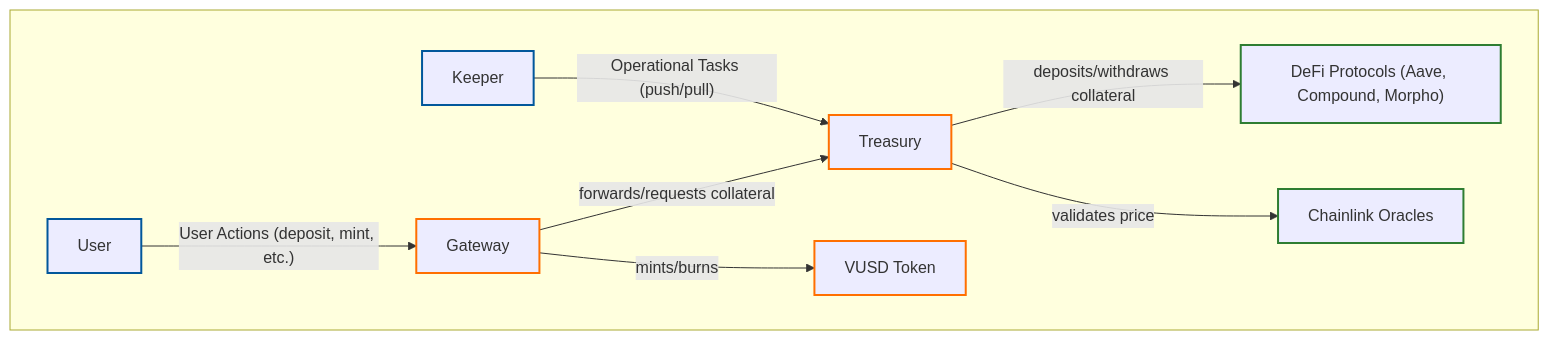
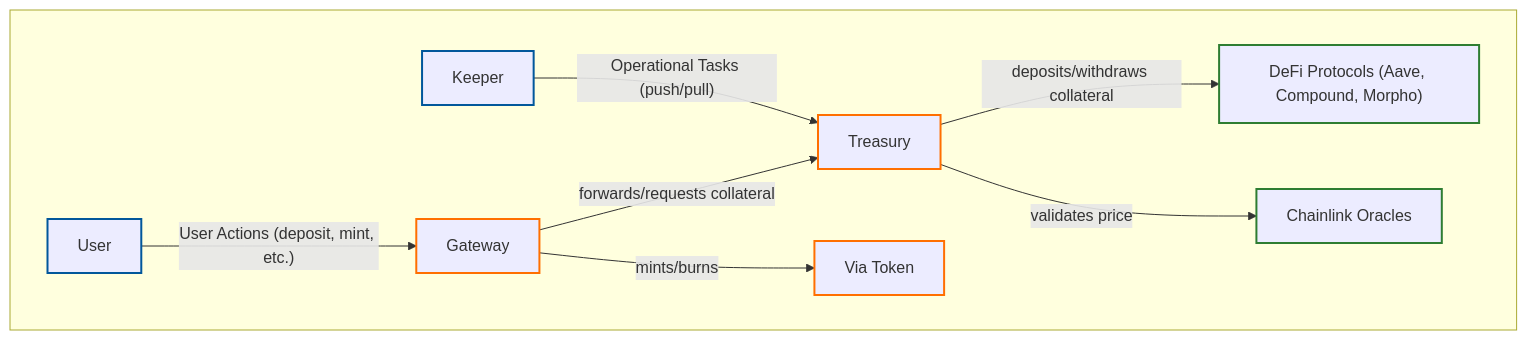
One commit to vetro-protocol/vetro-contracts changed the diagram in README.md. Above: the diagram before and after it, drawn with Mermaid. The commit also changed other lines of this file and 9 other files, not shown here.

Commit message:
chore: rename VUSD to viat

````diff
--- a/README.md
+++ b/README.md
@@ -23,21 +23,21 @@
 ```mermaid
 graph TD
     %% Flow
     subgraph " "
         User -- "User Actions (deposit, mint, etc.)" --> Gateway
         Keeper -- "Operational Tasks (push/pull)" --> Treasury
-        Gateway -- "mints/burns" --> VUSD[VUSD Token]
+        Gateway -- "mints/burns" --> Viat[Via Token]
         Gateway -- "forwards/requests collateral" --> Treasury
         Treasury -- "deposits/withdraws collateral" --> Protocols["DeFi Protocols (Aave, Compound, Morpho)"]
         Treasury -- "validates price" --> Oracles[Chainlink Oracles]
     end
 
     class User,Keeper actor
-    class Gateway,Treasury,VUSD contract
+    class Gateway,Treasury,Viat contract
     class Protocols,Oracles external
 
     %% Styling
     classDef actor stroke:#01579b,stroke-width:2px
     classDef contract stroke:#ff6f00,stroke-width:2px
     classDef external stroke:#2e7d32,stroke-width:2px 
 ```
````
